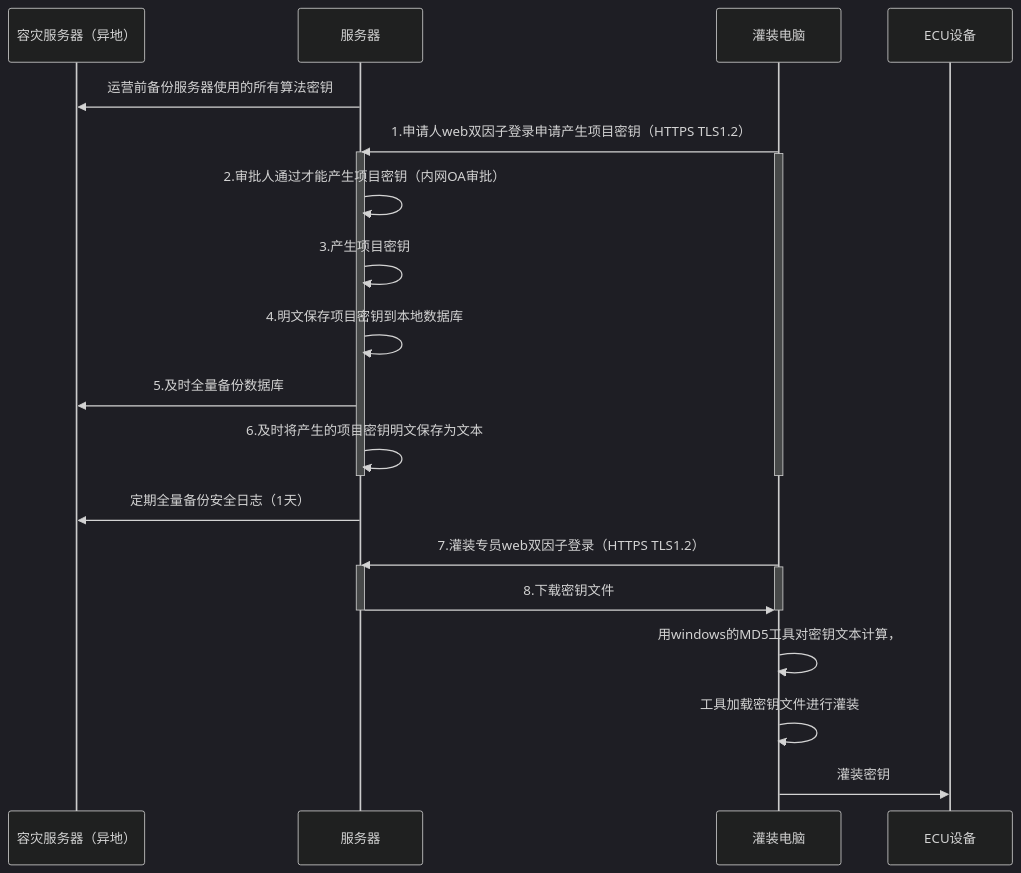
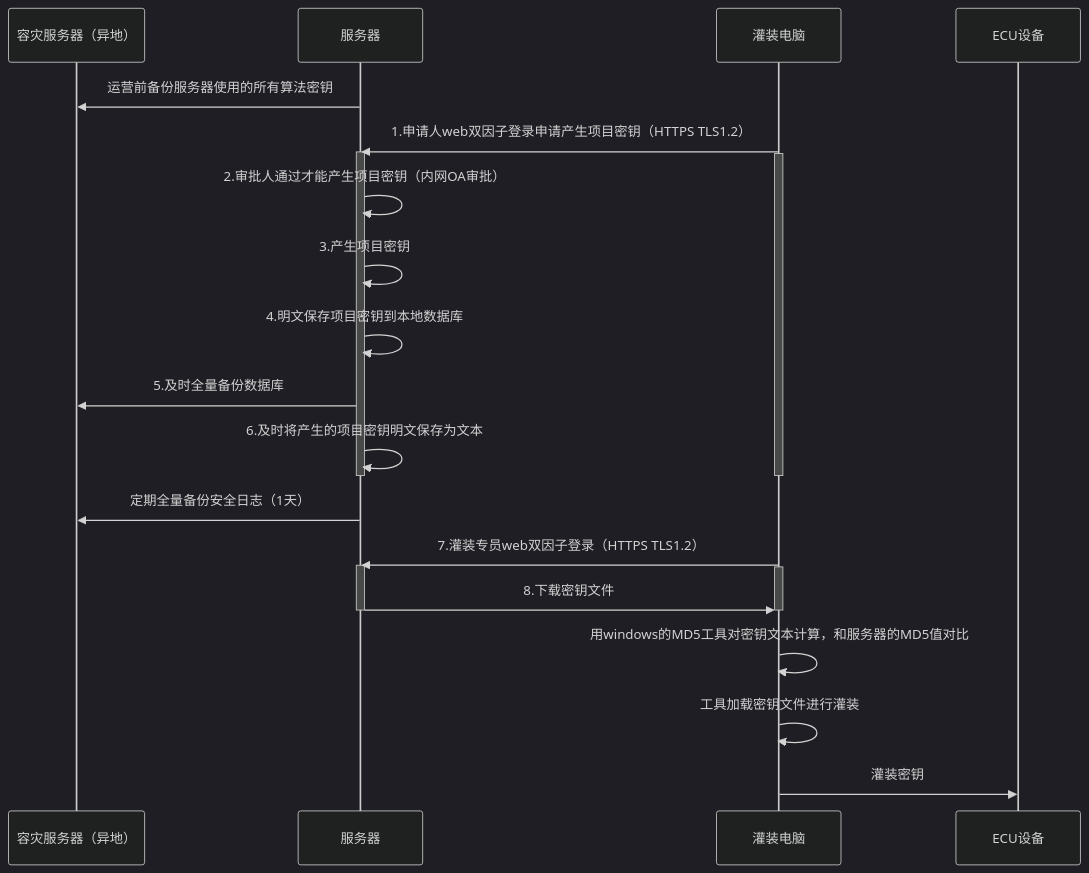
Before and after one commit to facebook-cloud/iodraw-files: the diagram in all/未命名-17.md, drawn with Mermaid (dark theme).

Commit message:
2026-03-05 20:54:16 update

````diff
--- a/all/未命名-17.md
+++ b/all/未命名-17.md
@@ -1,33 +1,33 @@
 ```mermaid
 sequenceDiagram
     participant A as 容灾服务器（异地）
     participant B as 服务器
     participant D as 灌装电脑
     participant E as ECU设备
 
     B->>A: 运营前备份服务器使用的所有算法密钥
     D->>B: 1.申请人web双因子登录申请产生项目密钥（HTTPS TLS1.2）
     activate B
     activate D
     B->>B: 2.审批人通过才能产生项目密钥（内网OA审批）
     B->>B: 3.产生项目密钥
     B->>B: 4.明文保存项目密钥到本地数据库
     B->>A: 5.及时全量备份数据库
     B->>B: 6.及时将产生的项目密钥明文保存为文本
     deactivate B
     deactivate D
 
     B->>A: 定期全量备份安全日志（1天）
     
     D->>B: 7.灌装专员web双因子登录（HTTPS TLS1.2）
     activate B
     activate D
     B->>D: 8.下载密钥文件
     deactivate B
     deactivate D
 
-    D->>D:用windows的MD5工具对密钥文本计算，
+    D->>D:用windows的MD5工具对密钥文本计算，和服务器的MD5值对比
     D->>D:工具加载密钥文件进行灌装
     
     D->>E: 灌装密钥
 ```
````
